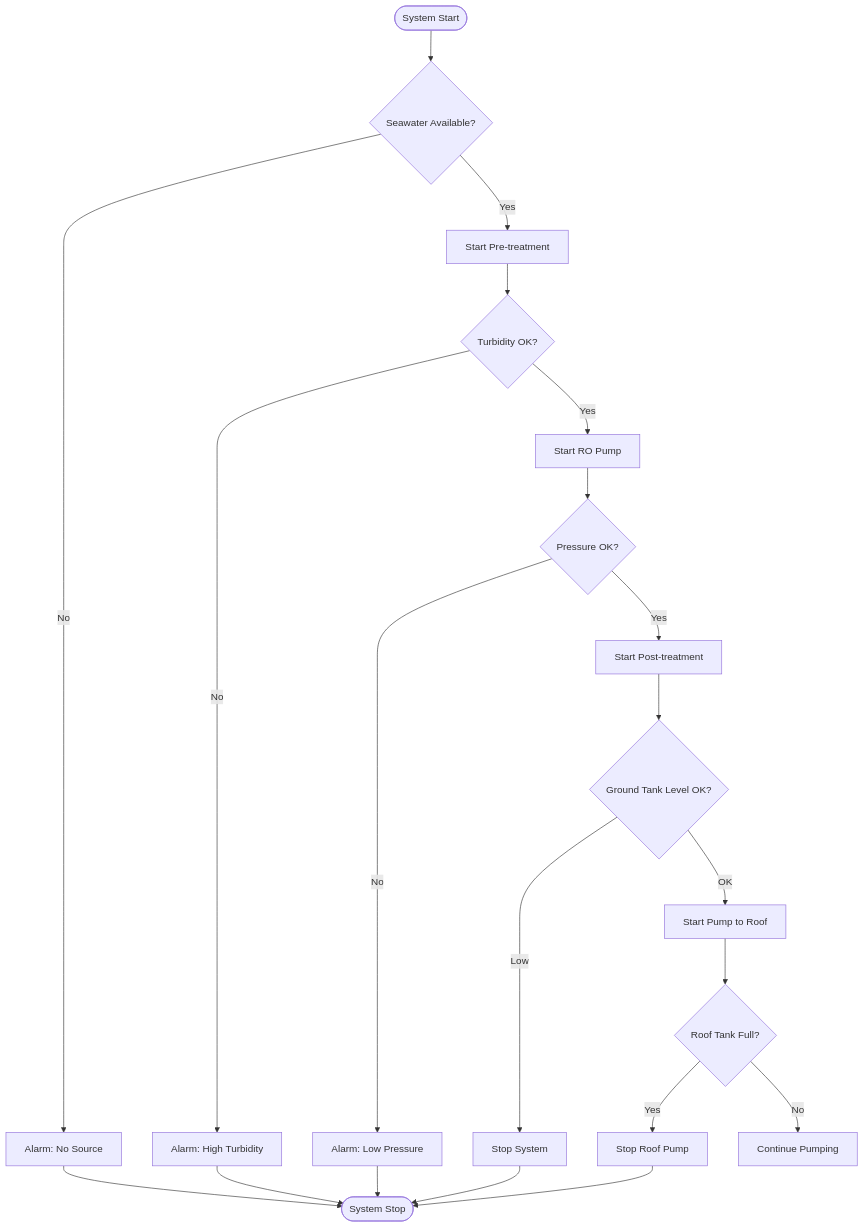
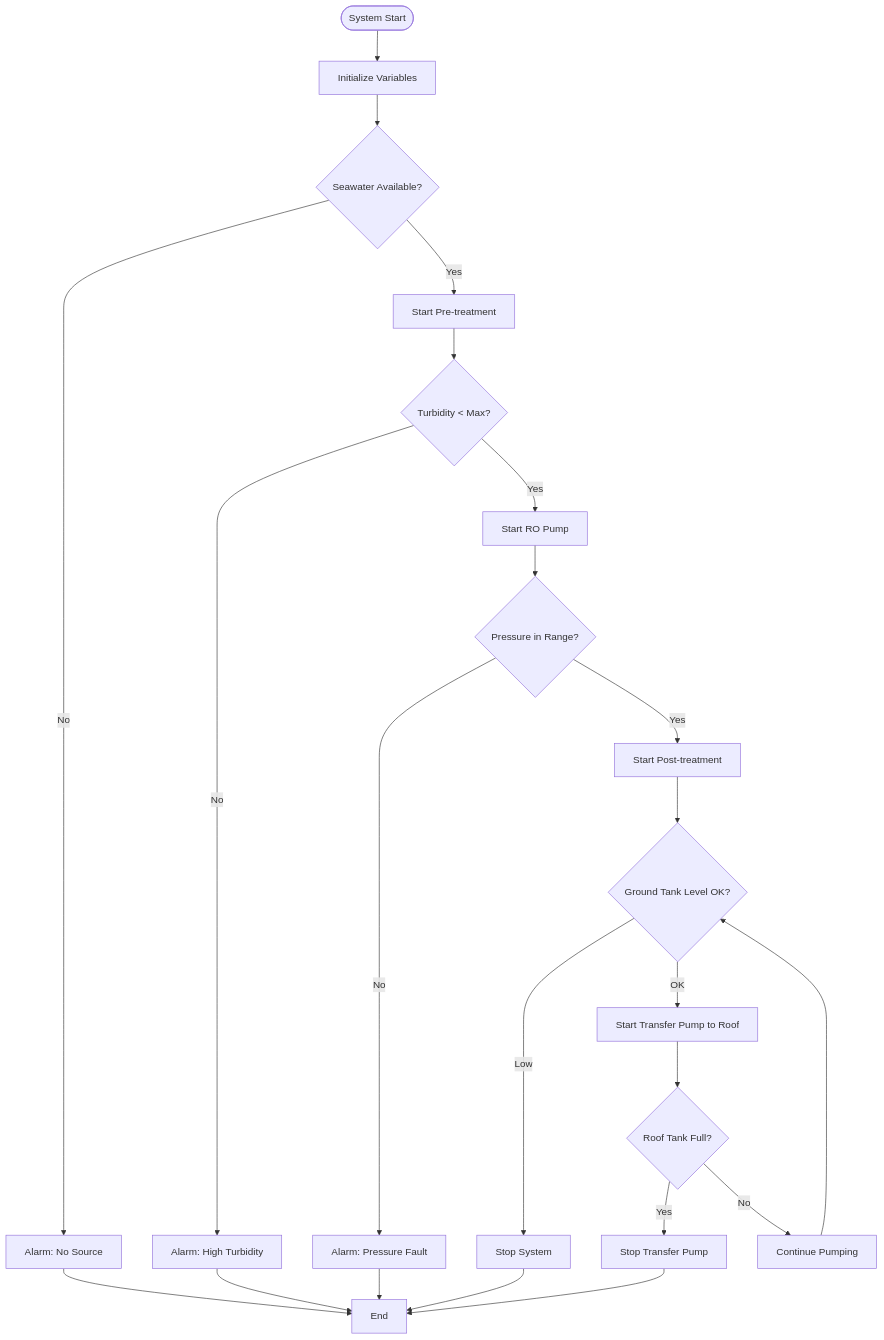
One commit to snackmasta/PDAB changed the second of 3 diagrams in docs/desalination-flowchart.md. Above: the diagram before and after it, drawn with Mermaid. The commit also changed other lines of this file, not shown here.

Commit message:
Control: fix Desalination System Flowchart (mermaid)

````diff
--- a/docs/desalination-flowchart.md
+++ b/docs/desalination-flowchart.md
@@ -32,26 +81,27 @@
 ```mermaid
 flowchart TD
-    Start(["System Start"]) --> CheckSource{Seawater Available?}
-    CheckSource -- No --> AlarmSource[Alarm: No Source]
-    CheckSource -- Yes --> PreTreat[Start Pre-treatment]
-    PreTreat --> CheckTurbidity{Turbidity OK?}
-    CheckTurbidity -- No --> AlarmTurb[Alarm: High Turbidity]
-    CheckTurbidity -- Yes --> RO[Start RO Pump]
-    RO --> CheckPressure{Pressure OK?}
-    CheckPressure -- No --> AlarmPressure[Alarm: Low Pressure]
-    CheckPressure -- Yes --> PostTreat[Start Post-treatment]
+    Start(["System Start"]) --> Init["Initialize Variables"]
+    Init --> CheckSource{Seawater Available?}
+    CheckSource -- No --> AlarmSource["Alarm: No Source"]
+    AlarmSource --> End
+    CheckSource -- Yes --> PreTreat["Start Pre-treatment"]
+    PreTreat --> CheckTurbidity{Turbidity < Max?}
+    CheckTurbidity -- No --> AlarmTurb["Alarm: High Turbidity"]
+    AlarmTurb --> End
+    CheckTurbidity -- Yes --> RO["Start RO Pump"]
+    RO --> CheckPressure{Pressure in Range?}
+    CheckPressure -- No --> AlarmPressure["Alarm: Pressure Fault"]
+    AlarmPressure --> End
+    CheckPressure -- Yes --> PostTreat["Start Post-treatment"]
     PostTreat --> CheckGroundLevel{Ground Tank Level OK?}
-    CheckGroundLevel -- Low --> StopAll[Stop System]
-    CheckGroundLevel -- OK --> PumpToRoof[Start Pump to Roof]
+    CheckGroundLevel -- Low --> StopAll["Stop System"]
+    StopAll --> End
+    CheckGroundLevel -- OK --> PumpToRoof["Start Transfer Pump to Roof"]
     PumpToRoof --> CheckRoofLevel{Roof Tank Full?}
-    CheckRoofLevel -- Yes --> StopRoofPump[Stop Roof Pump]
-    CheckRoofLevel -- No --> Continue[Continue Pumping]
-    StopAll --> End(["System Stop"])
+    CheckRoofLevel -- Yes --> StopRoofPump["Stop Transfer Pump"]
     StopRoofPump --> End
-    AlarmSource --> End
-    AlarmTurb --> End
-    AlarmPressure --> End
-
-    %% Sensors: Level, Flow, Pressure, Turbidity
-    %% Actuators: Pumps, Valves
+    CheckRoofLevel -- No --> Continue["Continue Pumping"]
+    Continue --> CheckGroundLevel
+    
+    %% Decision and process logic only, not I/O wiring
 ```
````
